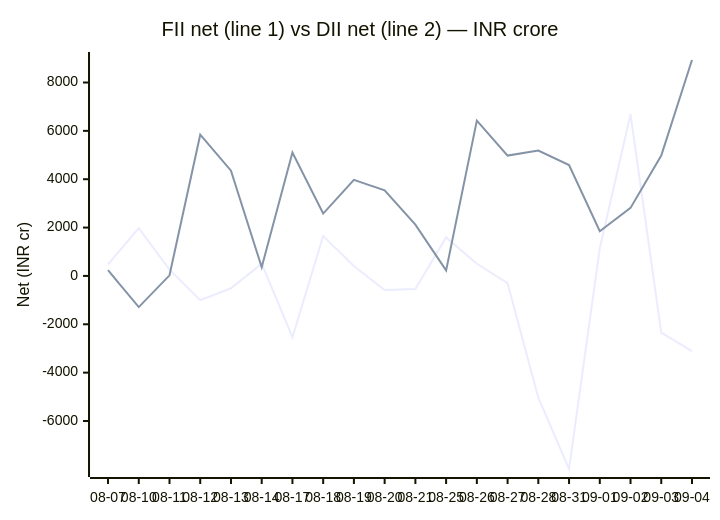
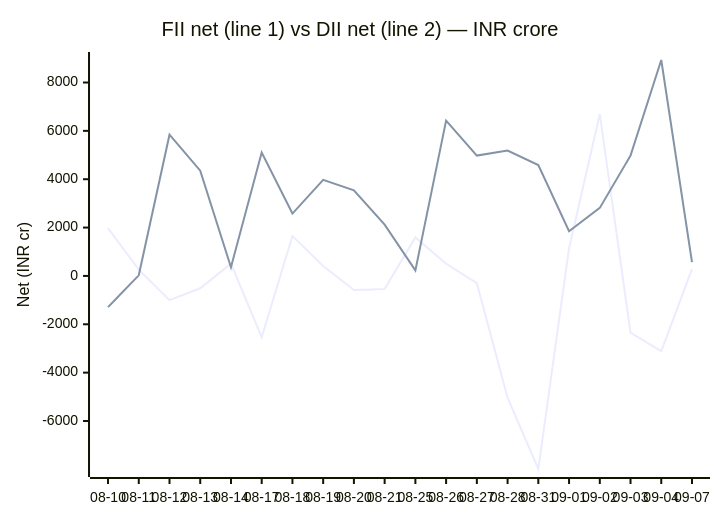
Before and after one commit to oriz-co/oriz-flow-fii-dii-activity-api: the second of 2 diagrams in README.md, drawn with Mermaid. The commit also changed 2 other files, not shown here.

Commit message:
data: scrape 2026-09-08

````diff
--- a/README.md
+++ b/README.md
@@ -53,8 +53,8 @@
 ```mermaid
 xychart-beta
     title "FII net (line 1) vs DII net (line 2) — INR crore"
-    x-axis ["08-07", "08-10", "08-11", "08-12", "08-13", "08-14", "08-17", "08-18", "08-19", "08-20", "08-21", "08-25", "08-26", "08-27", "08-28", "08-31", "09-01", "09-02", "09-03", "09-04"]
+    x-axis ["08-10", "08-11", "08-12", "08-13", "08-14", "08-17", "08-18", "08-19", "08-20", "08-21", "08-25", "08-26", "08-27", "08-28", "08-31", "09-01", "09-02", "09-03", "09-04", "09-07"]
     y-axis "Net (INR cr)" -7986 --> 8931
-    line [480.24, 1974.76, 258.55, -1002.5, -510.69, 508.12, -2535.1, 1651.53, 407.99, -583.36, -542.71, 1593.53, 502.63, -298.26, -5039.8, -7985.88, 1143.38, 6688.37, -2345.87, -3111.94]
-    line [235.56, -1290.29, 24.77, 5841.66, 4353.09, 356.4, 5101.46, 2579.31, 3973.72, 3537.71, 2124.14, 230.26, 6425.16, 4977.17, 5183.93, 4588.88, 1846.94, 2812.98, 4977.46, 8930.12]
+    line [1974.76, 258.55, -1002.5, -510.69, 508.12, -2535.1, 1651.53, 407.99, -583.36, -542.71, 1593.53, 502.63, -298.26, -5039.8, -7985.88, 1143.38, 6688.37, -2345.87, -3111.94, 280.13]
+    line [-1290.29, 24.77, 5841.66, 4353.09, 356.4, 5101.46, 2579.31, 3973.72, 3537.71, 2124.14, 230.26, 6425.16, 4977.17, 5183.93, 4588.88, 1846.94, 2812.98, 4977.46, 8930.12, 566.76]
 ```
````
